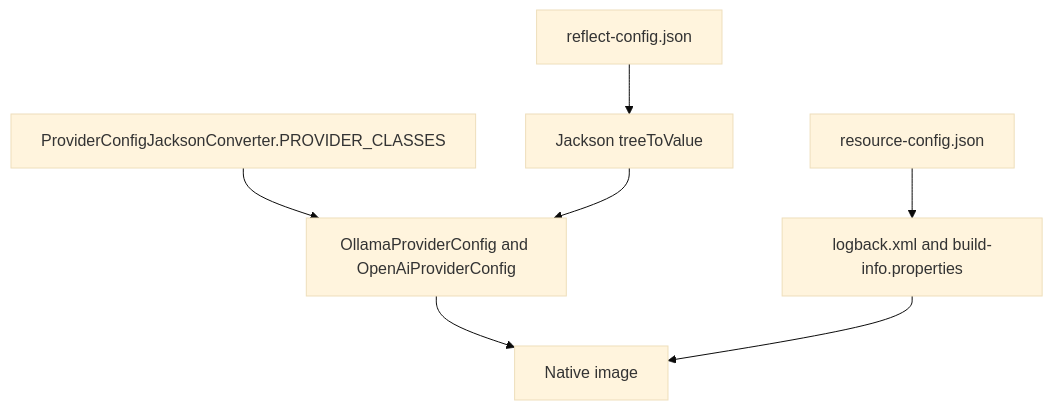
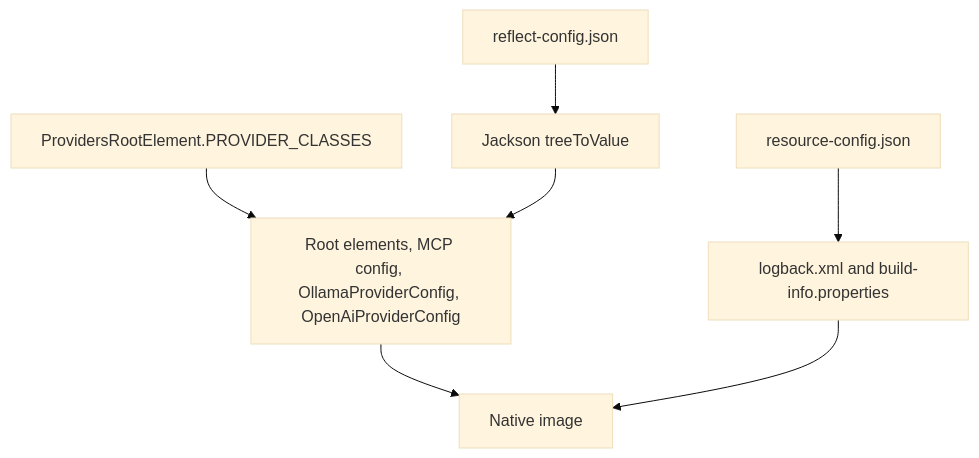
The fourth of 5 diagrams in docs/developer/architecture/provider-configuration.md (codegeist-ai/codegeist), drawn with Mermaid (base theme) before and after one commit. The commit also changed other lines of this file and 48 other files, not shown here.

First line of the commit message:
feat(config): add generic root element parsing

````diff
--- a/docs/developer/architecture/provider-configuration.md
+++ b/docs/developer/architecture/provider-configuration.md
@@ -276,17 +340,17 @@
 ```mermaid
 flowchart TD
-    Registry[ProviderConfigJacksonConverter.PROVIDER_CLASSES]
-    ProviderClasses[OllamaProviderConfig and OpenAiProviderConfig]
+    Registry[ProvidersRootElement.PROVIDER_CLASSES]
+    ProviderClasses[Root elements, MCP config, OllamaProviderConfig, OpenAiProviderConfig]
     Reflect[reflect-config.json]
     Jackson[Jackson treeToValue]
     Resources[resource-config.json]
     RuntimeFiles[logback.xml and build-info.properties]
     Native[Native image]
 
     Registry --> ProviderClasses
     ProviderClasses --> Native
     Reflect --> Jackson
     Jackson --> ProviderClasses
     Resources --> RuntimeFiles
     RuntimeFiles --> Native
 ```
````
